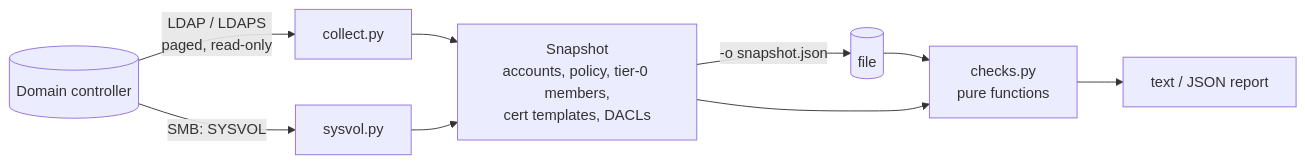
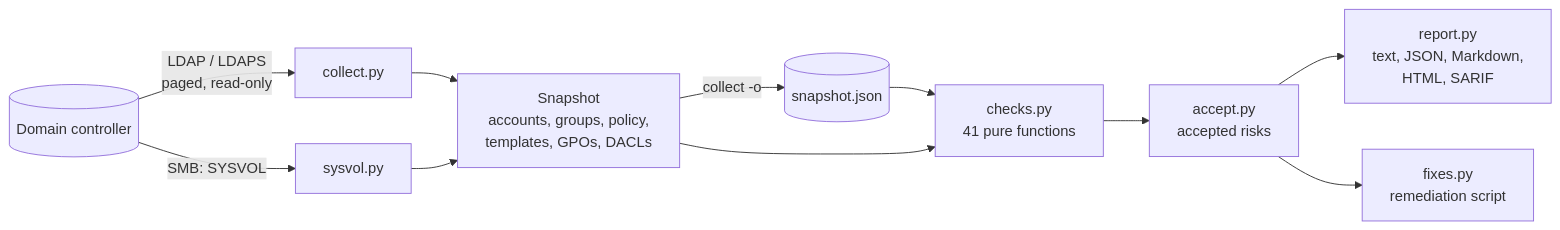
Before and after one commit to brkozer/ad-doctor: the diagram in README.md, drawn with Mermaid. The commit also changed other lines of this file and 19 other files, not shown here.

Commit message:
feat: 16 more checks, risk score, HTML/Markdown/SARIF reports, diff and baseline, accepted risks, fix script

````diff
--- a/README.md
+++ b/README.md
@@ -77,11 +163,13 @@
 ```mermaid
 flowchart LR
     DC[(Domain controller)] -- "LDAP / LDAPS<br/>paged, read-only" --> C[collect.py]
     DC -- "SMB: SYSVOL" --> V[sysvol.py]
-    C --> S[Snapshot<br/>accounts, policy, tier-0 members,<br/>cert templates, DACLs]
+    C --> S[Snapshot<br/>accounts, groups, policy,<br/>templates, GPOs, DACLs]
     V --> S
-    S -- "-o snapshot.json" --> F[(file)]
+    S -- "collect -o" --> F[(snapshot.json)]
     F --> A
-    S --> A[checks.py<br/>pure functions]
-    A --> R[text / JSON report]
+    S --> A[checks.py<br/>41 pure functions]
+    A --> X[accept.py<br/>accepted risks]
+    X --> R[report.py<br/>text, JSON, Markdown,<br/>HTML, SARIF]
+    X --> P[fixes.py<br/>remediation script]
 ```
````
